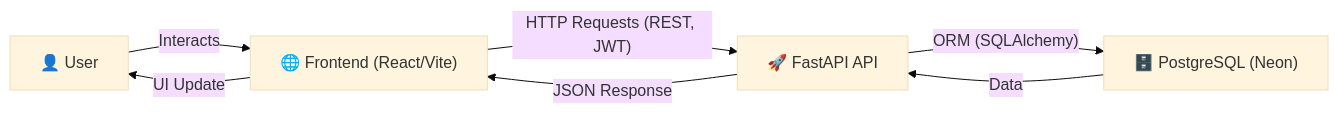
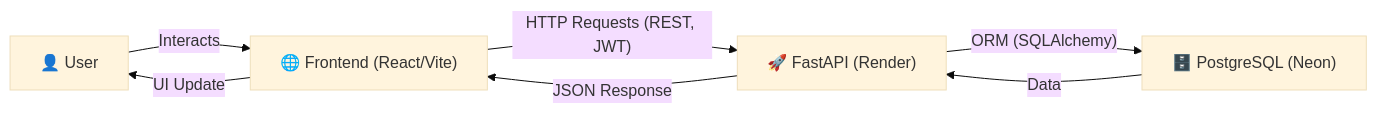
Before and after one commit to FilipePacheco73/Bellum-Astrum: the first of 2 diagrams in README.md, drawn with Mermaid (base theme). The commit also changed other lines of this file and 20 other files, not shown here.

````diff
--- a/README.md
+++ b/README.md
@@ -246,14 +368,14 @@
 ```mermaid
 flowchart LR
     User["👤 User"]
     Frontend["🌐 Frontend (React/Vite)"]
-    API["🚀 FastAPI API"]
+    API["🚀 FastAPI (Render)"]
     DB["🗄️ PostgreSQL (Neon)"]
 
     User -->|"Interacts"| Frontend
     Frontend -->|"HTTP Requests (REST, JWT)"| API
     API -->|"ORM (SQLAlchemy)"| DB
     DB -->|"Data"| API
     API -->|"JSON Response"| Frontend
     Frontend -->|"UI Update"| User
 ```
````
